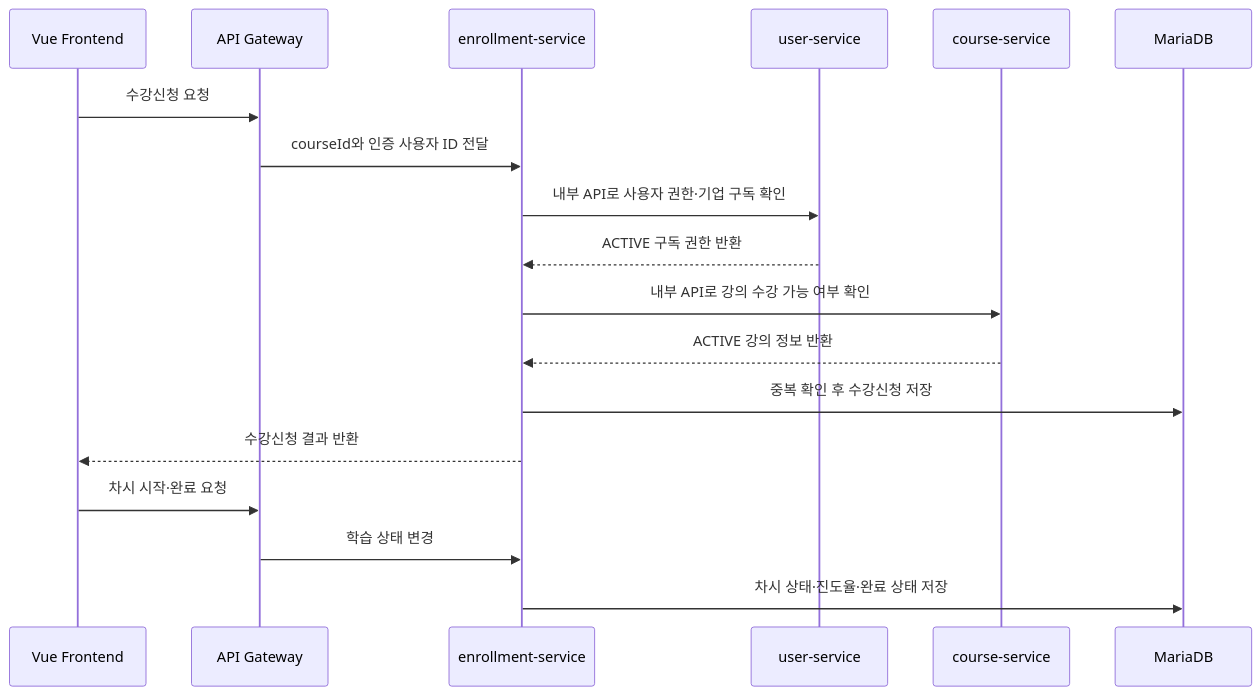
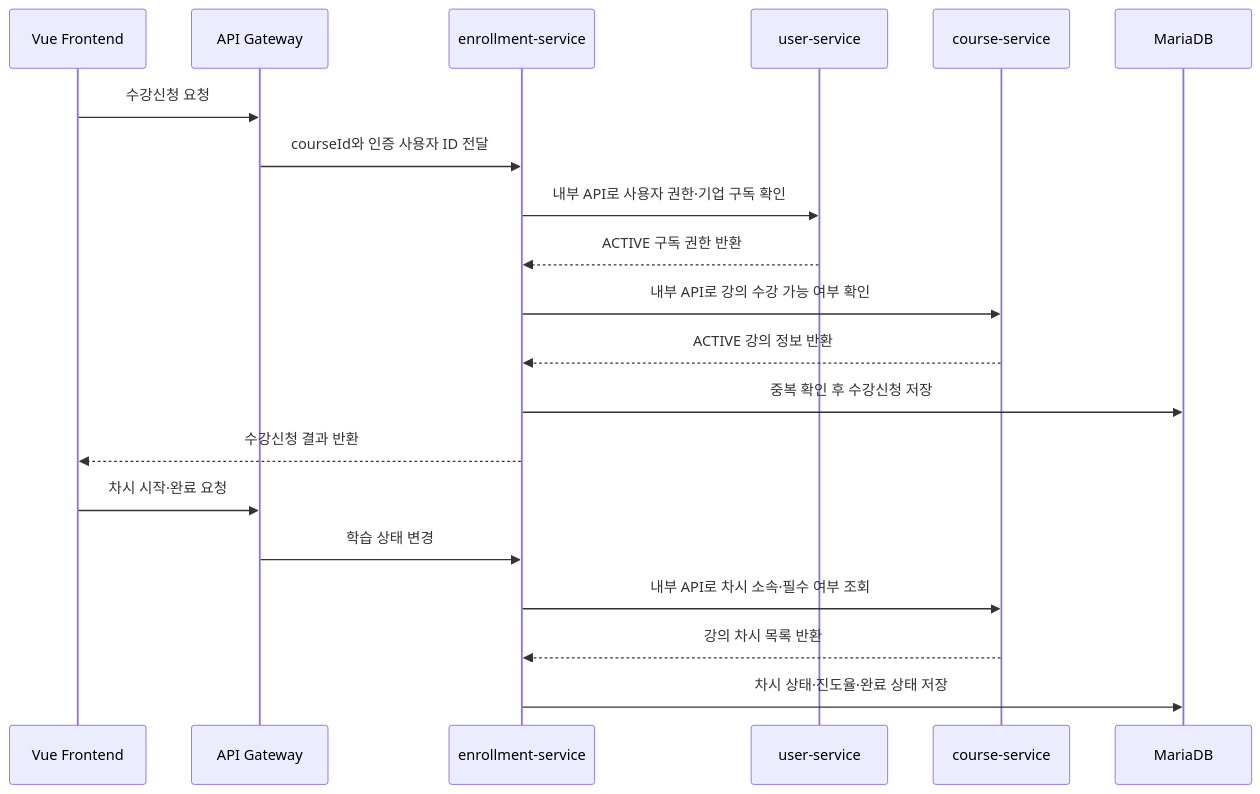
One commit to skala-msa-team/linguaroute-msa changed the fifth of 6 diagrams in README.md. Above: the diagram before and after it, drawn with Mermaid. The commit also changed other lines of this file and 25 other files, not shown here.

````diff
--- a/README.md
+++ b/README.md
@@ -396,21 +397,23 @@
 ```mermaid
 sequenceDiagram
     participant FE as Vue Frontend
     participant GW as API Gateway
     participant ES as enrollment-service
     participant US as user-service
     participant CS as course-service
     participant DB as MariaDB
 
     FE->>GW: 수강신청 요청
     GW->>ES: courseId와 인증 사용자 ID 전달
     ES->>US: 내부 API로 사용자 권한·기업 구독 확인
     US-->>ES: ACTIVE 구독 권한 반환
     ES->>CS: 내부 API로 강의 수강 가능 여부 확인
     CS-->>ES: ACTIVE 강의 정보 반환
     ES->>DB: 중복 확인 후 수강신청 저장
     ES-->>FE: 수강신청 결과 반환
     FE->>GW: 차시 시작·완료 요청
     GW->>ES: 학습 상태 변경
+    ES->>CS: 내부 API로 차시 소속·필수 여부 조회
+    CS-->>ES: 강의 차시 목록 반환
     ES->>DB: 차시 상태·진도율·완료 상태 저장
 ```
````
